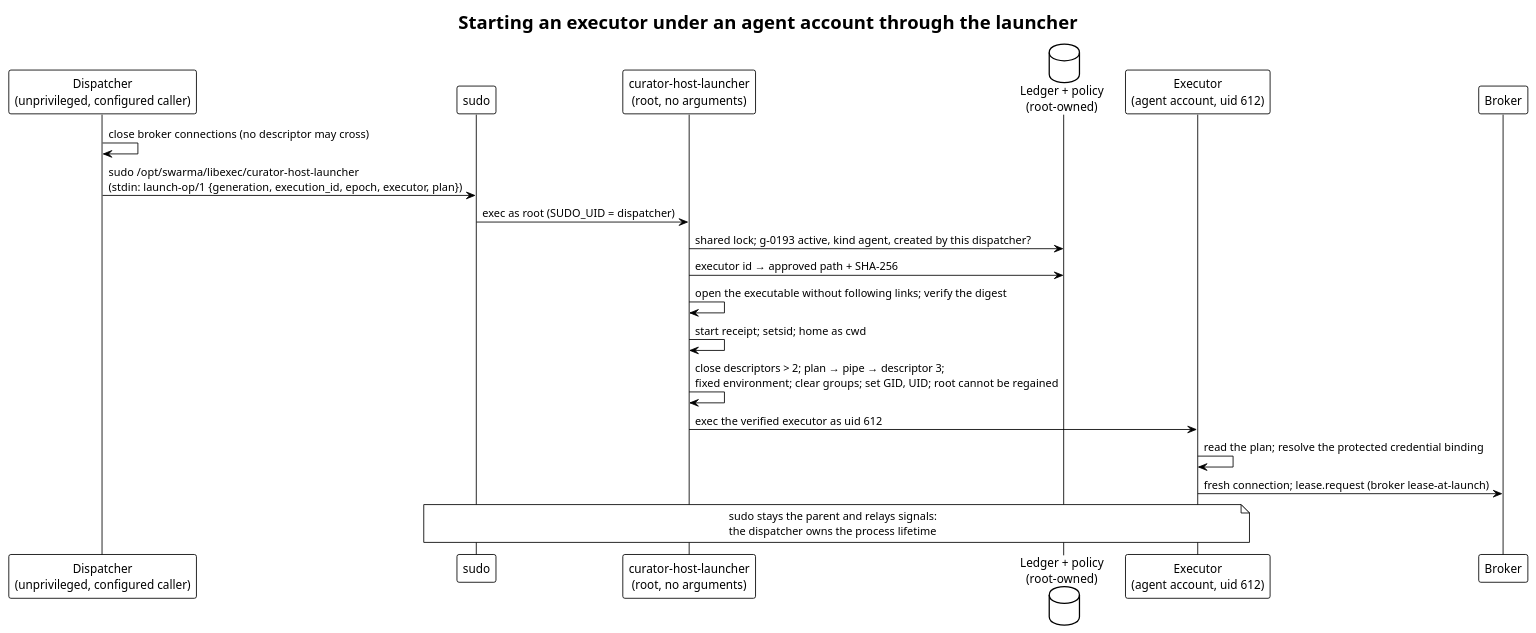
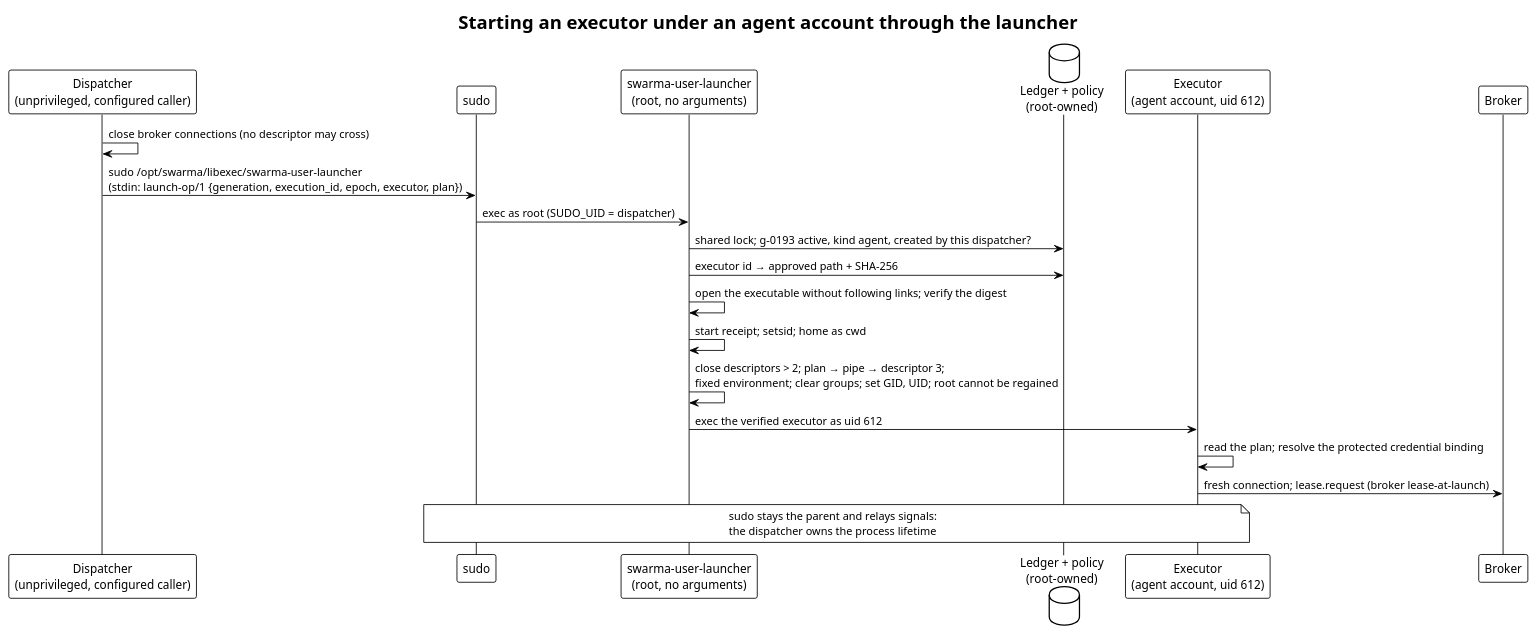
One commit to relux-works/curator-host-helper changed the diagram in diagrams/launch.puml. Above: the diagram before and after it, drawn with PlantUML. The commit also changed 2 other files, not shown here.

Commit message:
Rename the platform components to swarma-* (owner decision 2026-10-10)
swarma-credential-broker, swarma-user-manager with swarma-user-launcher,
swarma-dispatcher, swarma-session-host with swarma-session-runner; curator-run
performs one-shot runs under agent accounts. One name per component for the
repository, the binary and the service account.

```diff
--- a/diagrams/launch.puml
+++ b/diagrams/launch.puml
@@ -1,24 +1,24 @@
 @startuml launch
 !theme plain
 title Starting an executor under an agent account through the launcher
 
 participant "Dispatcher\n(unprivileged, configured caller)" as D
 participant "sudo" as S
-participant "curator-host-launcher\n(root, no arguments)" as L
+participant "swarma-user-launcher\n(root, no arguments)" as L
 database "Ledger + policy\n(root-owned)" as R
 participant "Executor\n(agent account, uid 612)" as E
 participant "Broker" as B
 
 D -> D: close broker connections (no descriptor may cross)
-D -> S: sudo /opt/swarma/libexec/curator-host-launcher\n(stdin: launch-op/1 {generation, execution_id, epoch, executor, plan})
+D -> S: sudo /opt/swarma/libexec/swarma-user-launcher\n(stdin: launch-op/1 {generation, execution_id, epoch, executor, plan})
 S -> L: exec as root (SUDO_UID = dispatcher)
 L -> R: shared lock; g-0193 active, kind agent, created by this dispatcher?
 L -> R: executor id → approved path + SHA-256
 L -> L: open the executable without following links; verify the digest
 L -> L: start receipt; setsid; home as cwd
 L -> L: close descriptors > 2; plan → pipe → descriptor 3;\nfixed environment; clear groups; set GID, UID; root cannot be regained
 L -> E: exec the verified executor as uid 612
 E -> E: read the plan; resolve the protected credential binding
 E -> B: fresh connection; lease.request (broker lease-at-launch)
 note over S, E: sudo stays the parent and relays signals:\nthe dispatcher owns the process lifetime
 @enduml
```
